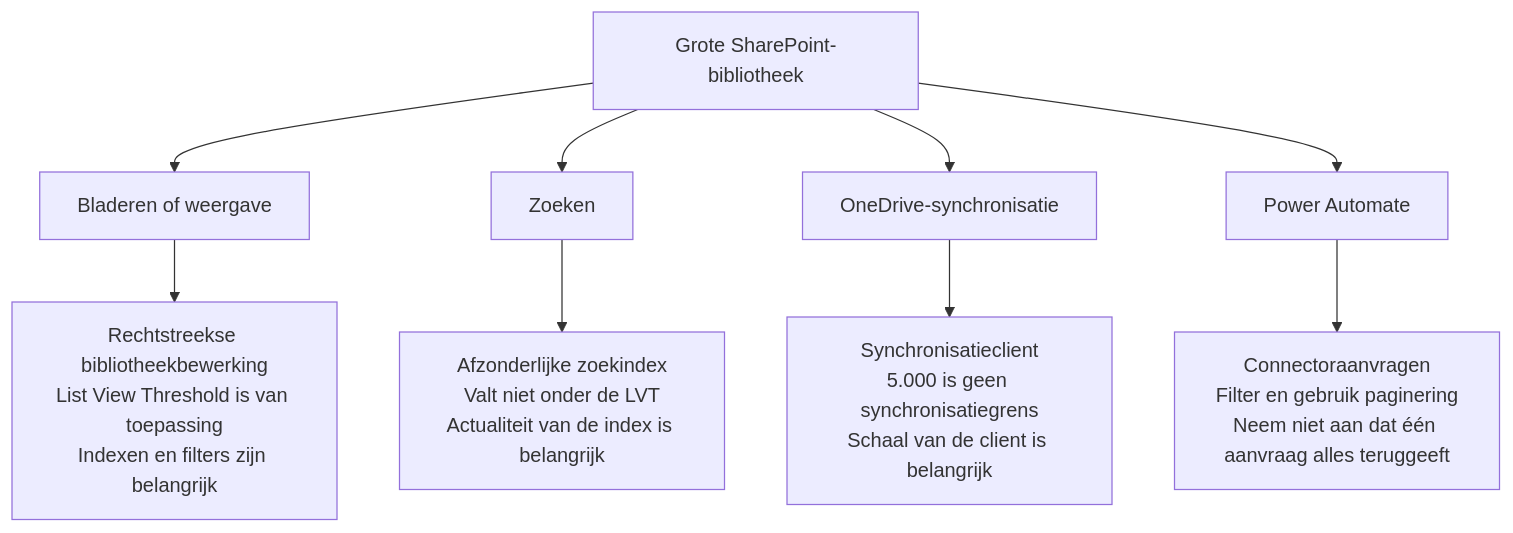
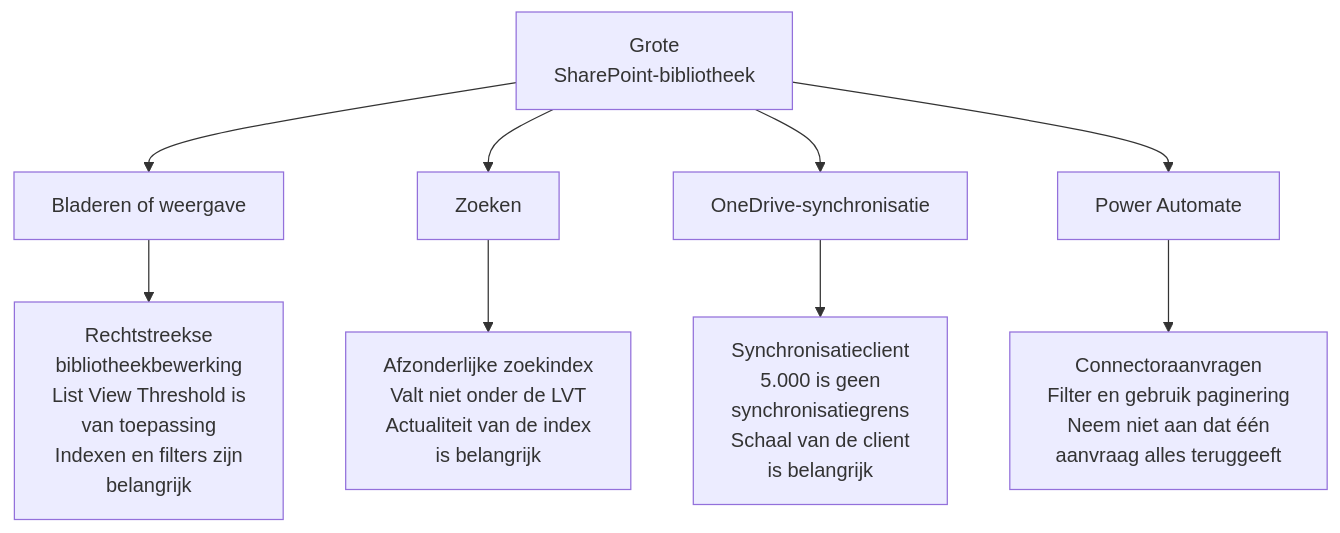
One commit to DwayneSelsig/M365wizard changed the diagram in i18n/nl/docusaurus-plugin-content-blog/2026-09-19-sharepoint-5000-item-view-threshold-explained.mdx. Above: the diagram before and after it, drawn with Mermaid. The commit also changed 1 other file, not shown here.

Commit message:
Refactor Mermaid diagram formatting for improved readability in SharePoint 5,000 Item View Threshold explanation

````diff
--- a/i18n/nl/docusaurus-plugin-content-blog/2026-09-19-sharepoint-5000-item-view-threshold-explained.mdx
+++ b/i18n/nl/docusaurus-plugin-content-blog/2026-09-19-sharepoint-5000-item-view-threshold-explained.mdx
@@ -36,14 +36,14 @@
 ```mermaid
 flowchart TD
-    Library["Grote SharePoint-bibliotheek"]
+    Library["Grote<br/>SharePoint-bibliotheek"]
 
     Library --> View["Bladeren of weergave"]
     Library --> Search["Zoeken"]
     Library --> Sync["OneDrive-synchronisatie"]
     Library --> Automation["Power Automate"]
 
-    View --> ViewRule["Rechtstreekse bibliotheekbewerking<br/>List View Threshold is van toepassing<br/>Indexen en filters zijn belangrijk"]
-    Search --> SearchRule["Afzonderlijke zoekindex<br/>Valt niet onder de LVT<br/>Actualiteit van de index is belangrijk"]
-    Sync --> SyncRule["Synchronisatieclient<br/>5.000 is geen synchronisatiegrens<br/>Schaal van de client is belangrijk"]
-    Automation --> AutoRule["Connectoraanvragen<br/>Filter en gebruik paginering<br/>Neem niet aan dat één aanvraag alles teruggeeft"]
+    View --> ViewRule["Rechtstreekse<br/>bibliotheekbewerking<br/>List View Threshold is<br/>van toepassing<br/>Indexen en filters zijn<br/>belangrijk"]
+    Search --> SearchRule["Afzonderlijke zoekindex<br/>Valt niet onder de LVT<br/>Actualiteit van de index<br/>is belangrijk"]
+    Sync --> SyncRule["Synchronisatieclient<br/>5.000 is geen<br/>synchronisatiegrens<br/>Schaal van de client<br/>is belangrijk"]
+    Automation --> AutoRule["Connectoraanvragen<br/>Filter en gebruik paginering<br/>Neem niet aan dat één<br/>aanvraag alles teruggeeft"]
 ```
````
